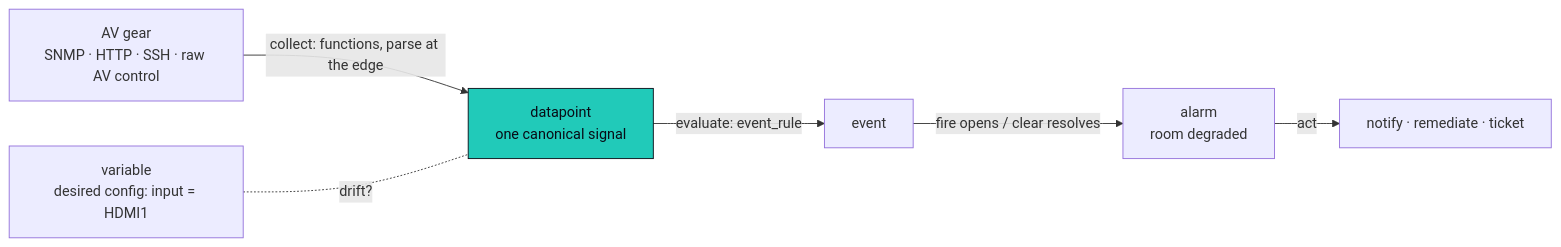
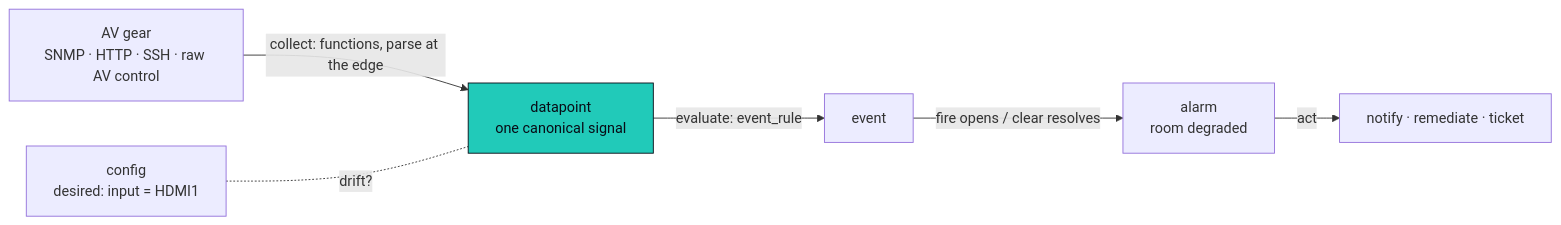
The second of 2 diagrams in docs/src/content/docs/architecture/why.md (hyperscaleav/omniglass), drawn with Mermaid before and after one commit. The commit also changed other lines of this file and 9 other files, not shown here.

First line of the commit message:
docs(architecture): sweep variable -> config terminology across the docs

````diff
--- a/docs/src/content/docs/architecture/why.md
+++ b/docs/src/content/docs/architecture/why.md
@@ -115,9 +115,9 @@
 ```mermaid
 flowchart LR
   G["AV gear<br/>SNMP · HTTP · SSH · raw AV control"] -->|"collect: functions, parse at the edge"| DP["datapoint<br/>one canonical signal"]
   DP -->|"evaluate: event_rule"| EV["event"] -->|"fire opens / clear resolves"| AL["alarm<br/>room degraded"]
   AL -->|"act"| AC["notify · remediate · ticket"]
-  V["variable<br/>desired config: input = HDMI1"] -. "drift?" .- DP
+  V["config<br/>desired: input = HDMI1"] -. "drift?" .- DP
   classDef k fill:#21CAB9,stroke:#080c16,color:#080c16;
   class DP k;
 ```
````
